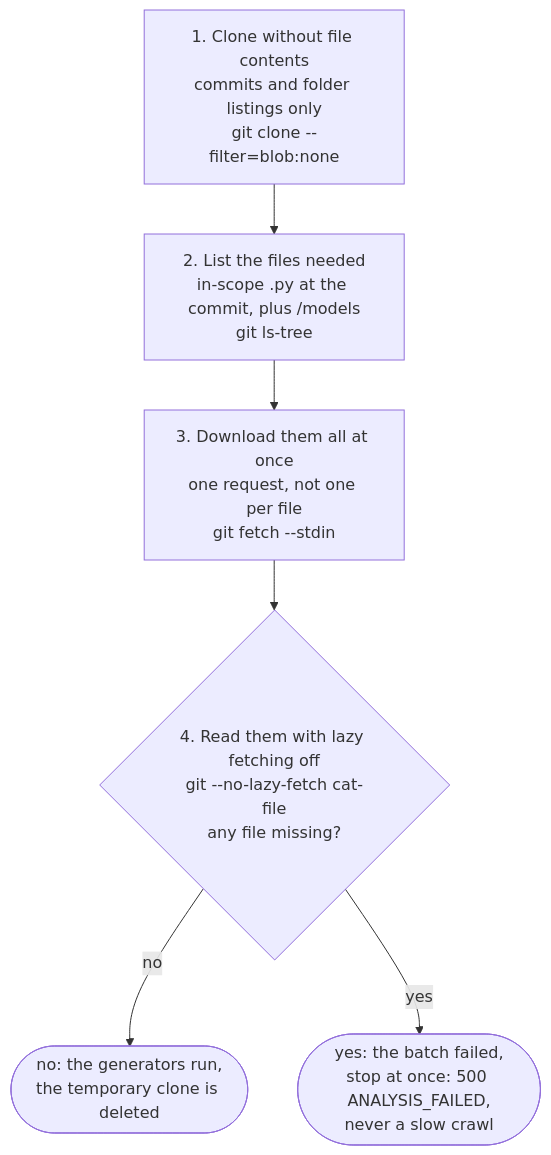
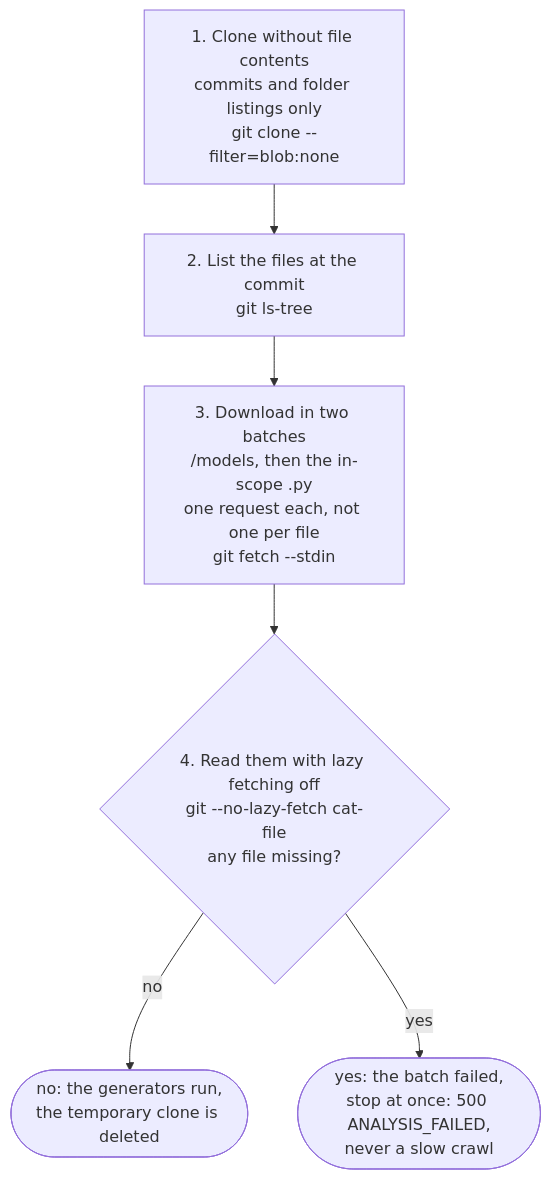
One commit to MuhammadSban/DocumentationModelDrifter changed the diagram in docs/models/file-fetch.md. Above: the diagram before and after it, drawn with Mermaid. The commit also changed other lines of this file and 8 other files, not shown here.

````diff
--- a/docs/models/file-fetch.md
+++ b/docs/models/file-fetch.md
@@ -7,16 +7,16 @@
 ```mermaid
 flowchart TB
     accTitle: How a check gets the repository's files
-    accDescr: A check clones without file contents, lists the files it needs at the commit, downloads all of them in one request, and reads them with lazy fetching off. If every file is there the generators run and the temporary clone is deleted, if a file is missing the batch failed and the check stops at once with 500 ANALYSIS_FAILED.
+    accDescr: A check clones without file contents, lists the files it needs at the commit, downloads them in two batched requests, /models then the in-scope files, and reads them with lazy fetching off. If every file is there the generators run and the temporary clone is deleted, if a file is missing the batch failed and the check stops at once with 500 ANALYSIS_FAILED.
 
     C[1. Clone without file contents<br/>commits and folder listings only<br/>git clone --filter=blob:none]
-    L[2. List the files needed<br/>in-scope .py at the commit, plus /models<br/>git ls-tree]
-    D[3. Download them all at once<br/>one request, not one per file<br/>git fetch --stdin]
+    L[2. List the files at the commit<br/>git ls-tree]
+    D[3. Download in two batches<br/>/models, then the in-scope .py<br/>one request each, not one per file<br/>git fetch --stdin]
     R{4. Read them with lazy fetching off<br/>git --no-lazy-fetch cat-file<br/>any file missing?}
     Ok([no: the generators run,<br/>the temporary clone is deleted])
     Fail([yes: the batch failed,<br/>stop at once: 500 ANALYSIS_FAILED,<br/>never a slow crawl])
 
     C --> L --> D --> R
     R -- no --> Ok
     R -- yes --> Fail
 ```
````
